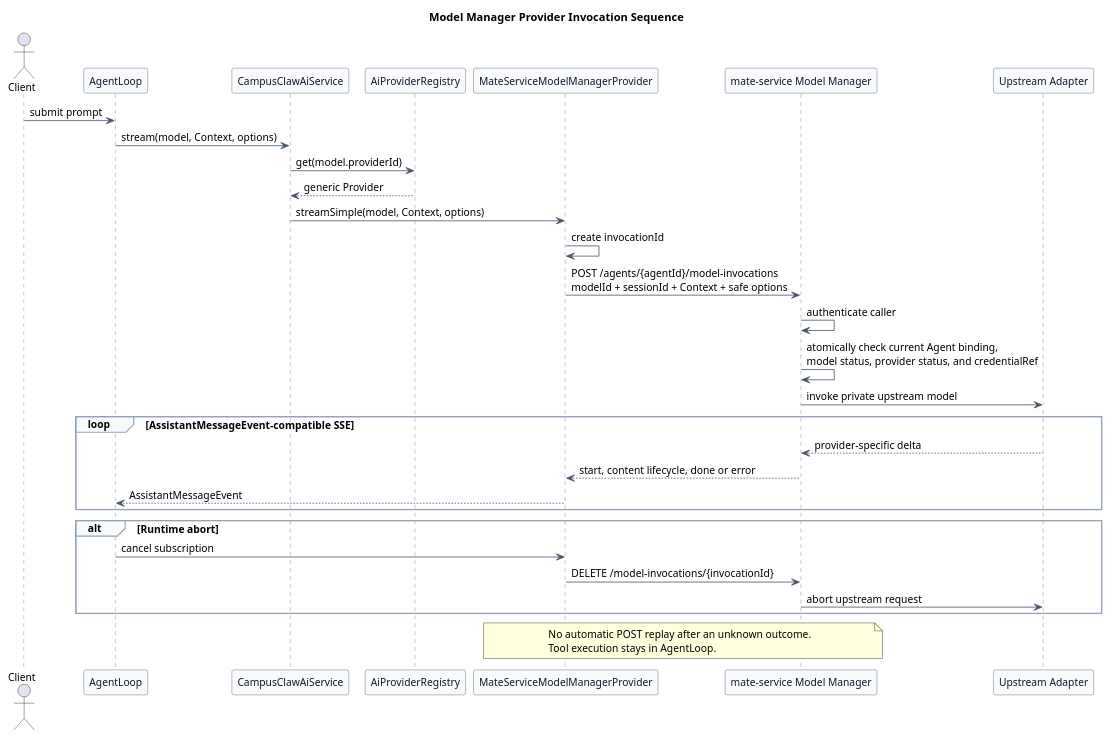
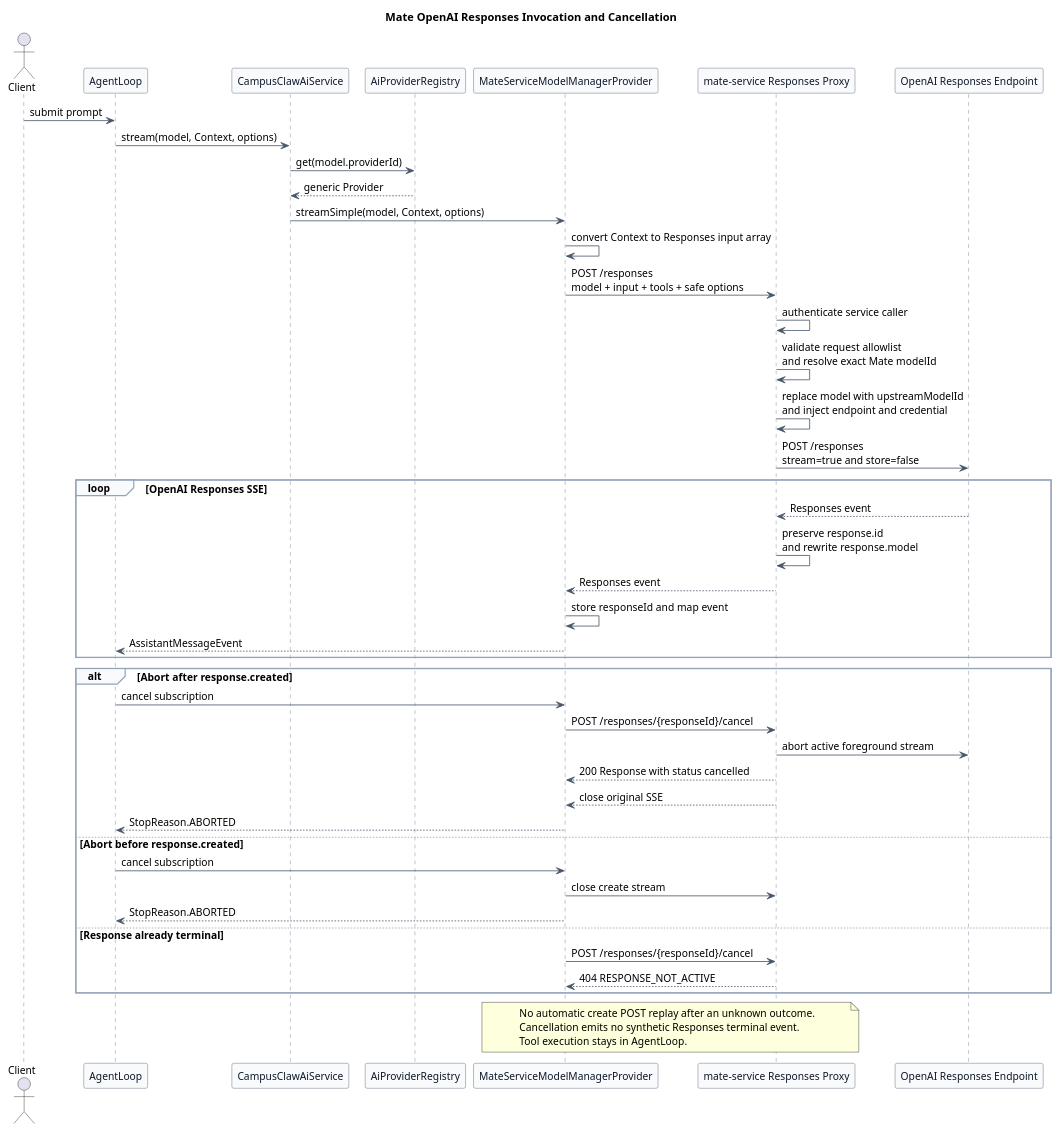
Before and after one commit to ssm0808/pi-mono-java-design: the third of 4 diagrams in model-manager-provider-contract/diagram.puml, drawn with PlantUML. The commit also changed other lines of this file and 10 other files, not shown here.

Commit message:
docs(model-manager): define Responses provider contract

```diff
--- a/model-manager-provider-contract/diagram.puml
+++ b/model-manager-provider-contract/diagram.puml
@@ -140,64 +142,80 @@
 @startuml model_manager_invocation_sequence
-title Model Manager Provider Invocation Sequence
+title Mate OpenAI Responses Invocation and Cancellation
 
 ' Source evidence:
-' pi-mono packages/ai/src/models.ts: Provider.stream and ModelsImpl.stream (lines 136-142 and 667-695)
-' pi-mono-java modules/ai/src/main/java/com/campusclaw/ai/stream/AssistantMessageEvent.java: event protocol (lines 14-164)
-' pi-mono-java modules/coding-agent-cli/src/main/java/com/campusclaw/codingagent/runtimeapi/model/RuntimeModelManager.java: current list and resolve port (lines 20-39)
-' mate-service src/main/resources/db/schema.sql: t_agent_binding_models (lines 59-73)
-' Target-only design: mate-service model catalog, resolution, invocation, and cancellation APIs do not exist yet.
-' Design reason: authorization is rechecked at invocation time and streaming remains compatible with AgentLoop.
+' pi-mono packages/ai/src/api/openai-responses.ts: stream and buildParams (lines 99-189 and 273-344)
+' pi-mono packages/ai/src/api/openai-responses-shared.ts: convertResponsesMessages and processResponsesStream (lines 131-342 and 500-792)
+' pi-mono-java modules/ai/src/main/java/com/campusclaw/ai/provider/openai/OpenAIResponsesProvider.java: buildParams, handleResponseEvent, and convertInputItems
+' pi-mono-java modules/agent-core/src/main/java/com/campusclaw/agent/loop/AgentLoop.java: invokeModel and consumeStream (lines 198-288)
+' OpenAI API: POST /responses and POST /responses/{response_id}/cancel
+' Target-only design: mate-service Responses create and foreground cancel operations do not exist yet.
+' Product authorization: invocation authenticates the service caller and does not receive or validate agentId.
+' OpenAI compatibility extension: Mate cancels active foreground streams although official cancel requires background=true.
 
 skinparam backgroundColor #FFFFFF
 skinparam shadowing false
 skinparam defaultFontName Arial
 skinparam defaultFontSize 13
 skinparam participant {
   BackgroundColor #F8FAFC
   BorderColor #475569
   FontColor #0F172A
 }
 skinparam ArrowColor #475569
 skinparam sequence {
   LifeLineBorderColor #64748B
   LifeLineBackgroundColor #F8FAFC
   GroupBorderColor #94A3B8
   GroupBackgroundColor #F8FAFC
 }
 
 actor Client
 participant "AgentLoop" as Loop
 participant "CampusClawAiService" as AiService
 participant "AiProviderRegistry" as Registry
 participant "MateServiceModelManagerProvider" as Provider
-participant "mate-service Model Manager" as Manager
-participant "Upstream Adapter" as Adapter
+participant "mate-service Responses Proxy" as Manager
+participant "OpenAI Responses Endpoint" as OpenAI
 
 Client -> Loop : submit prompt
 Loop -> AiService : stream(model, Context, options)
 AiService -> Registry : get(model.providerId)
 Registry --> AiService : generic Provider
 AiService -> Provider : streamSimple(model, Context, options)
-Provider -> Provider : create invocationId
-Provider -> Manager : POST /agents/{agentId}/model-invocations\nmodelId + sessionId + Context + safe options
-Manager -> Manager : authenticate caller
-Manager -> Manager : atomically check current Agent binding,\nmodel status, provider status, and credentialRef
-Manager -> Adapter : invoke private upstream model
+Provider -> Provider : convert Context to Responses input array
+Provider -> Manager : POST /responses\nmodel + input + tools + safe options
+Manager -> Manager : authenticate service caller
+Manager -> Manager : validate request allowlist\nand resolve exact Mate modelId
+Manager -> Manager : replace model with upstreamModelId\nand inject endpoint and credential
+Manager -> OpenAI : POST /responses\nstream=true and store=false
 
-loop AssistantMessageEvent-compatible SSE
-  Adapter --> Manager : provider-specific delta
-  Manager --> Provider : start, content lifecycle, done or error
+loop OpenAI Responses SSE
+  OpenAI --> Manager : Responses event
+  Manager -> Manager : preserve response.id\nand rewrite response.model
+  Manager --> Provider : Responses event
+  Provider -> Provider : store responseId and map event
   Provider --> Loop : AssistantMessageEvent
 end
 
-alt Runtime abort
+alt Abort after response.created
   Loop -> Provider : cancel subscription
-  Provider -> Manager : DELETE /model-invocations/{invocationId}
-  Manager -> Adapter : abort upstream request
+  Provider -> Manager : POST /responses/{responseId}/cancel
+  Manager -> OpenAI : abort active foreground stream
+  Manager --> Provider : 200 Response with status cancelled
+  Manager --> Provider : close original SSE
+  Provider --> Loop : StopReason.ABORTED
+else Abort before response.created
+  Loop -> Provider : cancel subscription
+  Provider -> Manager : close create stream
+  Provider --> Loop : StopReason.ABORTED
+else Response already terminal
+  Provider -> Manager : POST /responses/{responseId}/cancel
+  Manager --> Provider : 404 RESPONSE_NOT_ACTIVE
 end
 
 note over Provider,Manager
-No automatic POST replay after an unknown outcome.
+No automatic create POST replay after an unknown outcome.
+Cancellation emits no synthetic Responses terminal event.
 Tool execution stays in AgentLoop.
 end note
 @enduml
```
